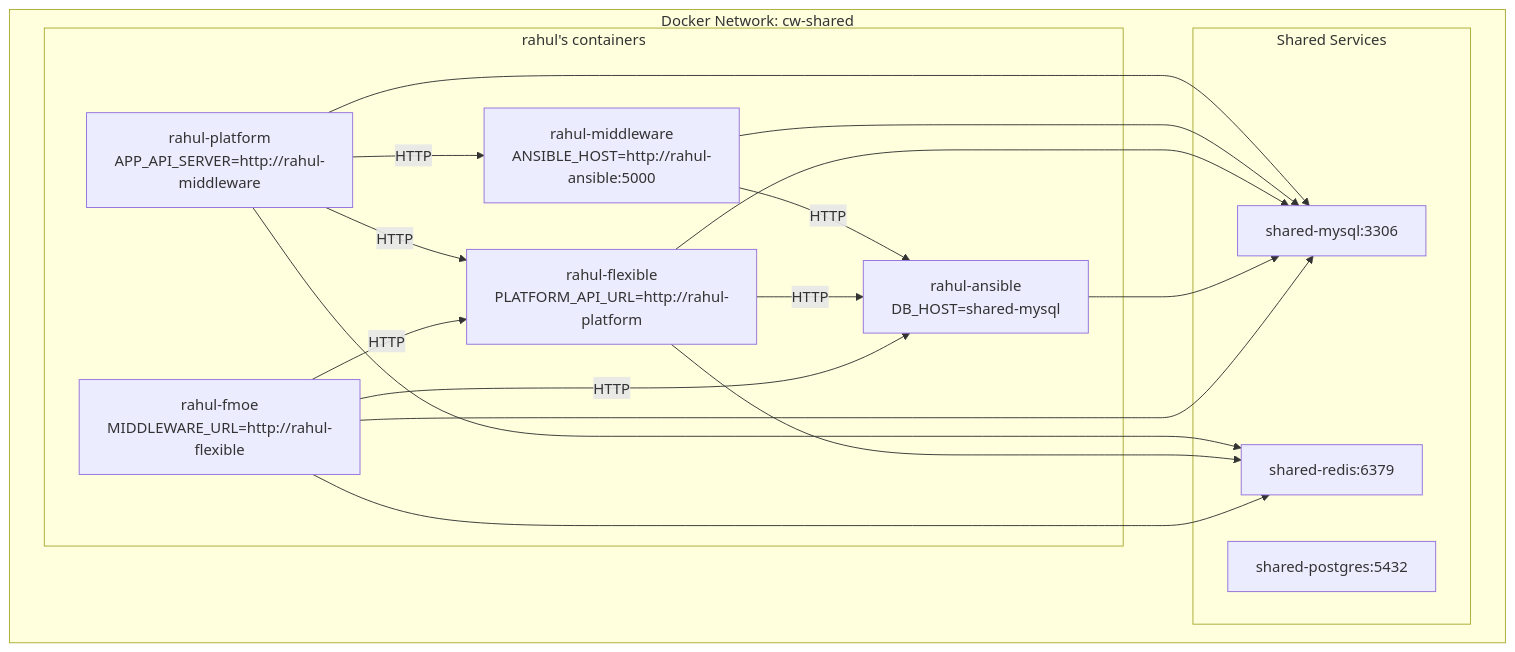
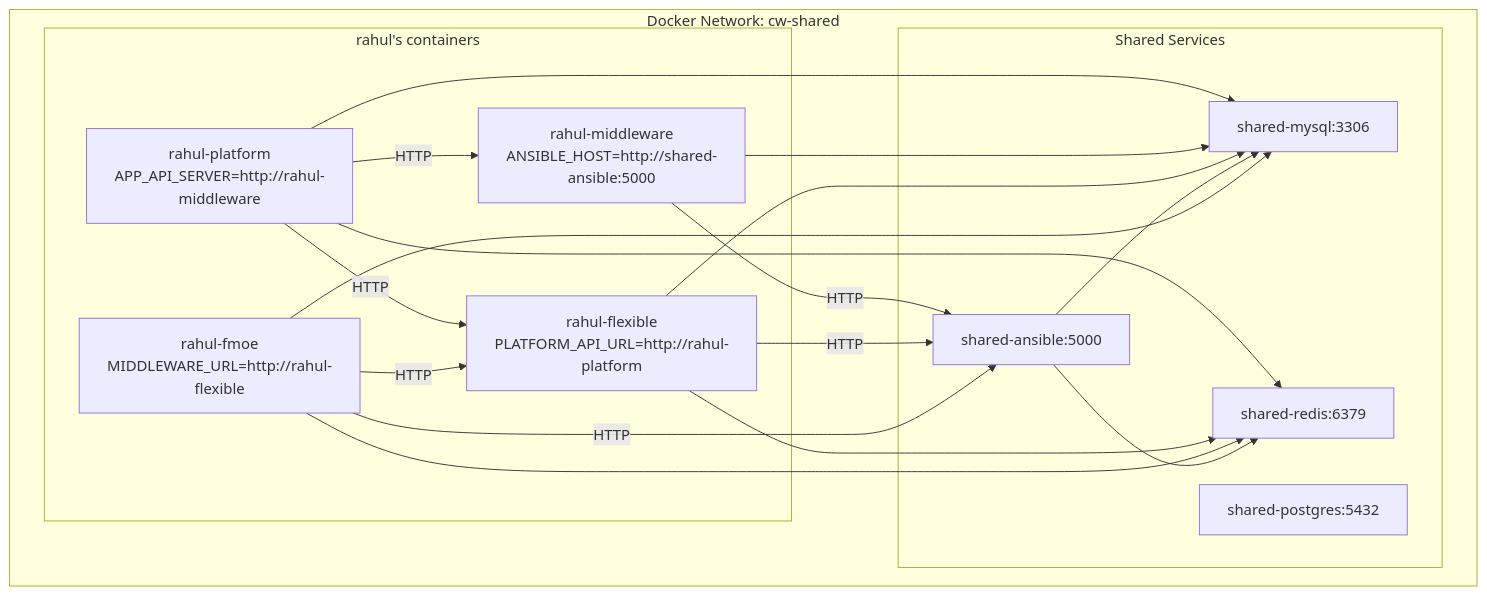
One commit to rj10940/dev changed the eighth of 9 diagrams in README.md. Above: the diagram before and after it, drawn with Mermaid. The commit also changed other lines of this file and 8 other files, not shown here.

````diff
--- a/README.md
+++ b/README.md
@@ -380,35 +415,36 @@
 ```mermaid
 flowchart TB
     subgraph Network["Docker Network: cw-shared"]
         subgraph Developer["rahul's containers"]
             Platform["rahul-platform<br/>APP_API_SERVER=http://rahul-middleware"]
-            Middleware["rahul-middleware<br/>ANSIBLE_HOST=http://rahul-ansible:5000"]
+            Middleware["rahul-middleware<br/>ANSIBLE_HOST=http://shared-ansible:5000"]
             Flexible["rahul-flexible<br/>PLATFORM_API_URL=http://rahul-platform"]
-            Ansible["rahul-ansible<br/>DB_HOST=shared-mysql"]
             FMOE["rahul-fmoe<br/>MIDDLEWARE_URL=http://rahul-flexible"]
         end
 
         subgraph Shared["Shared Services"]
             MySQL["shared-mysql:3306"]
             Redis["shared-redis:6379"]
             Postgres["shared-postgres:5432"]
+            Ansible["shared-ansible:5000"]
         end
     end
 
     Platform -->|HTTP| Middleware
     Platform -->|HTTP| Flexible
     Middleware -->|HTTP| Ansible
     Flexible -->|HTTP| Ansible
     FMOE -->|HTTP| Ansible
     FMOE -->|HTTP| Flexible
 
     Platform --> MySQL
     Middleware --> MySQL
     Flexible --> MySQL
     Ansible --> MySQL
     FMOE --> MySQL
 
     Platform --> Redis
     Flexible --> Redis
     FMOE --> Redis
+    Ansible --> Redis
 ```
````
